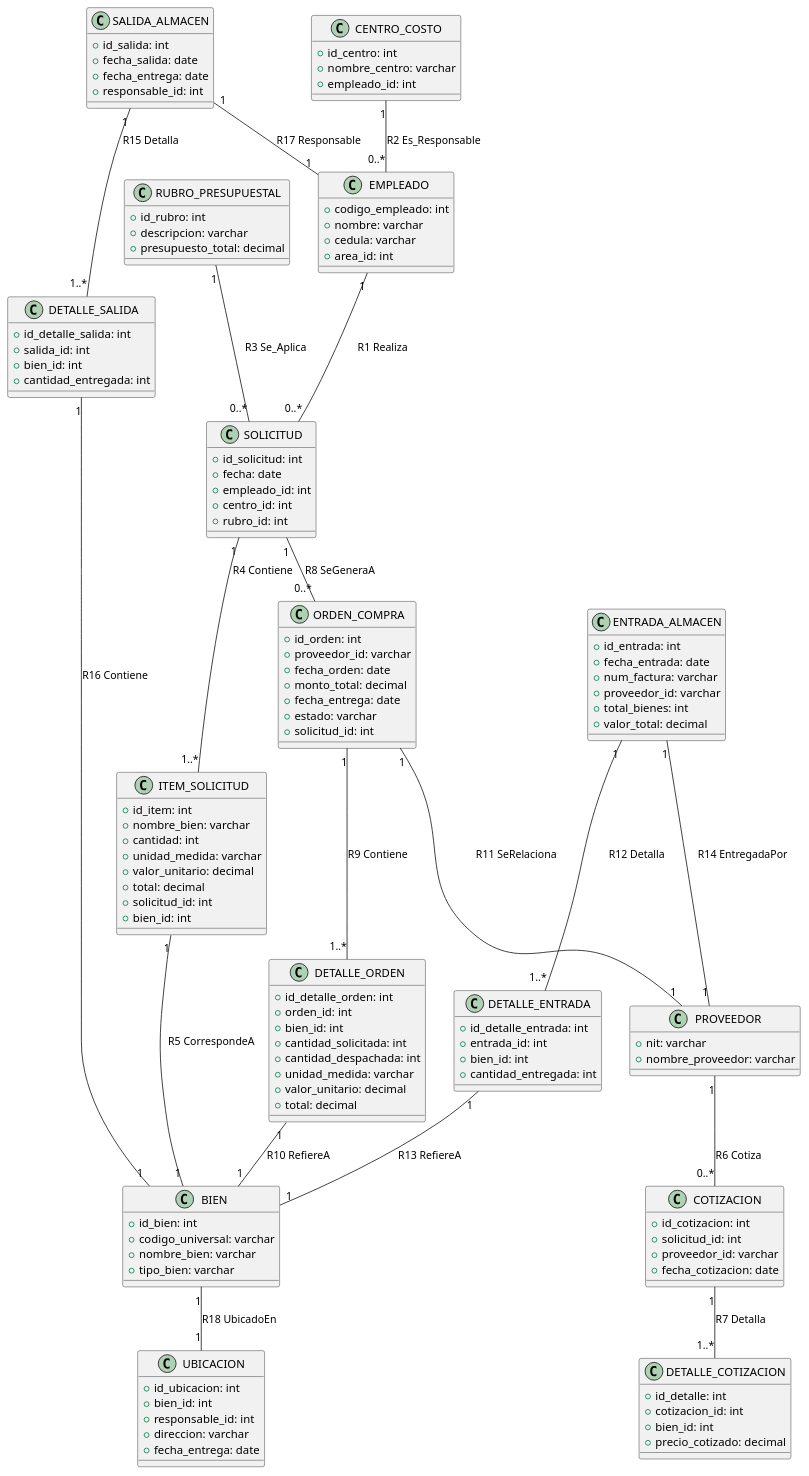
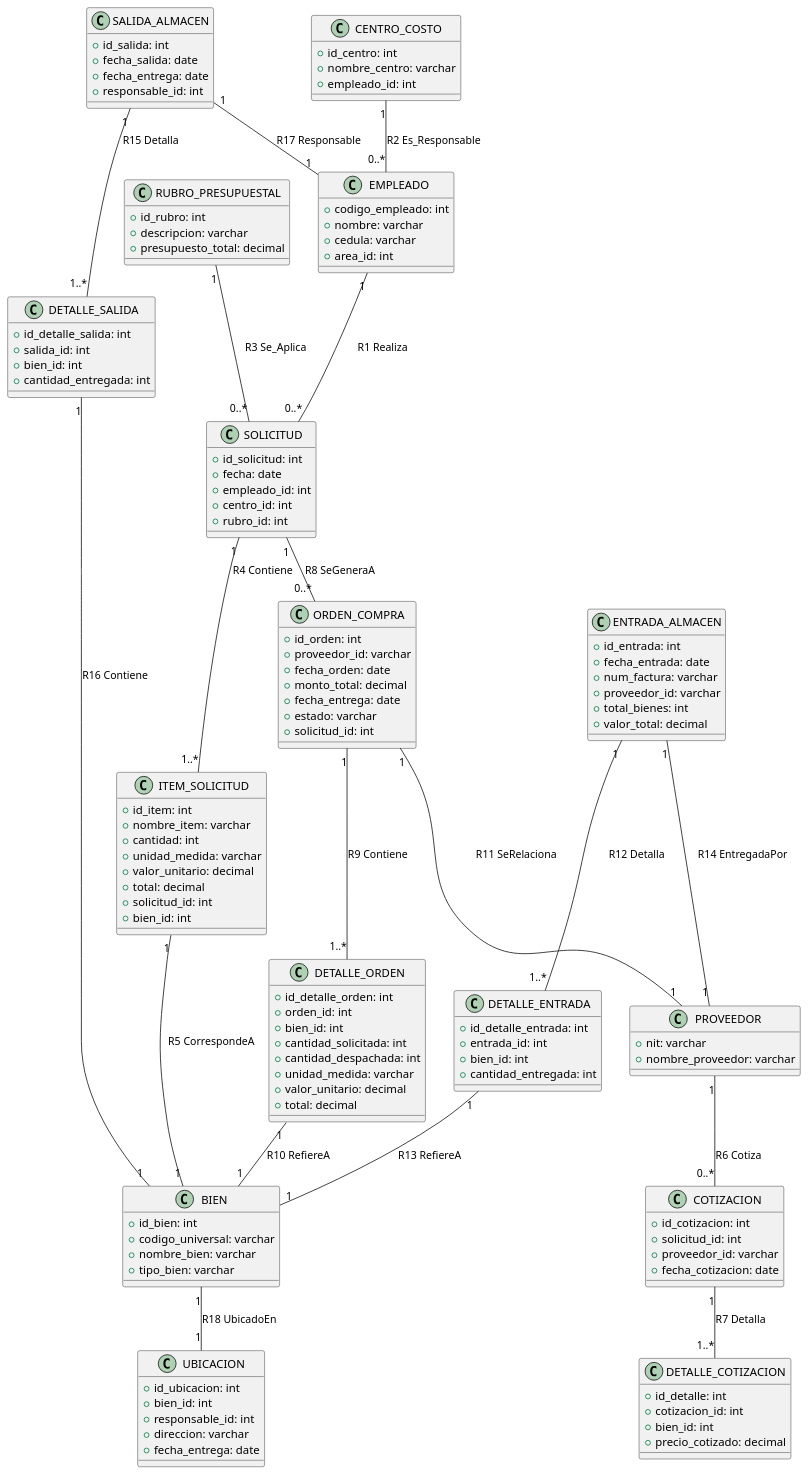
Before and after one commit to ReyDavid07/CotizacionesyComprasBD: the diagram in src/cotizacionesycomprasaplication/CotizacionesyComprasUML.puml, drawn with PlantUML.

Commit message:
CotizacionesyComprasUML.puml

```diff
--- a/src/cotizacionesycomprasaplication/CotizacionesyComprasUML.puml
+++ b/src/cotizacionesycomprasaplication/CotizacionesyComprasUML.puml
@@ -1,147 +1,147 @@
 @startuml
 
 ' ENTIDADES (CLASES)
 class EMPLEADO {
   +codigo_empleado: int
   +nombre: varchar
   +cedula: varchar
   +area_id: int
 }
 
 class CENTRO_COSTO {
   +id_centro: int
   +nombre_centro: varchar
   +empleado_id: int
 }
 
 class RUBRO_PRESUPUESTAL {
   +id_rubro: int
   +descripcion: varchar
   +presupuesto_total: decimal
 }
 
 class SOLICITUD {
   +id_solicitud: int
   +fecha: date
   +empleado_id: int
   +centro_id: int
   +rubro_id: int
 }
 
 class ITEM_SOLICITUD {
   +id_item: int
-  +nombre_bien: varchar
+  +nombre_item: varchar
   +cantidad: int
   +unidad_medida: varchar
   +valor_unitario: decimal
   +total: decimal
   +solicitud_id: int
   +bien_id: int
 }
 
 class BIEN {
   +id_bien: int
   +codigo_universal: varchar
   +nombre_bien: varchar
   +tipo_bien: varchar
 }
 
 class PROVEEDOR {
   +nit: varchar
   +nombre_proveedor: varchar
 }
 
 class COTIZACION {
   +id_cotizacion: int
   +solicitud_id: int
   +proveedor_id: varchar
   +fecha_cotizacion: date
 }
 
 class DETALLE_COTIZACION {
   +id_detalle: int
   +cotizacion_id: int
   +bien_id: int
   +precio_cotizado: decimal
 }
 
 class ORDEN_COMPRA {
   +id_orden: int
   +proveedor_id: varchar
   +fecha_orden: date
   +monto_total: decimal
   +fecha_entrega: date
   +estado: varchar
   +solicitud_id: int
 }
 
 class DETALLE_ORDEN {
   +id_detalle_orden: int
   +orden_id: int
   +bien_id: int
   +cantidad_solicitada: int
   +cantidad_despachada: int
   +unidad_medida: varchar
   +valor_unitario: decimal
   +total: decimal
 }
 
 class ENTRADA_ALMACEN {
   +id_entrada: int
   +fecha_entrada: date
   +num_factura: varchar
   +proveedor_id: varchar
   +total_bienes: int
   +valor_total: decimal
 }
 
 class DETALLE_ENTRADA {
   +id_detalle_entrada: int
   +entrada_id: int
   +bien_id: int
   +cantidad_entregada: int
 }
 
 class SALIDA_ALMACEN {
   +id_salida: int
   +fecha_salida: date
   +fecha_entrega: date
   +responsable_id: int
 }
 
 class DETALLE_SALIDA {
   +id_detalle_salida: int
   +salida_id: int
   +bien_id: int
   +cantidad_entregada: int
 }
 
 class UBICACION {
   +id_ubicacion: int
   +bien_id: int
   +responsable_id: int
   +direccion: varchar
   +fecha_entrega: date
 }
 
 ' RELACIONES (exactamente como las definiste)
 EMPLEADO "1" -- "0..*" SOLICITUD : R1 Realiza
 CENTRO_COSTO "1" -- "0..*" EMPLEADO : R2 Es_Responsable
 RUBRO_PRESUPUESTAL "1" -- "0..*" SOLICITUD : R3 Se_Aplica
 SOLICITUD "1" -- "1..*" ITEM_SOLICITUD : R4 Contiene
 ITEM_SOLICITUD "1" -- "1" BIEN : R5 CorrespondeA
 PROVEEDOR "1" -- "0..*" COTIZACION : R6 Cotiza
 COTIZACION "1" -- "1..*" DETALLE_COTIZACION : R7 Detalla
 SOLICITUD "1" -- "0..*" ORDEN_COMPRA : R8 SeGeneraA
 ORDEN_COMPRA "1" -- "1..*" DETALLE_ORDEN : R9 Contiene
 DETALLE_ORDEN "1" -- "1" BIEN : R10 RefiereA
 ORDEN_COMPRA "1" -- "1" PROVEEDOR : R11 SeRelaciona
 ENTRADA_ALMACEN "1" -- "1..*" DETALLE_ENTRADA : R12 Detalla
 DETALLE_ENTRADA "1" -- "1" BIEN : R13 RefiereA
 ENTRADA_ALMACEN "1" -- "1" PROVEEDOR : R14 EntregadaPor
 SALIDA_ALMACEN "1" -- "1..*" DETALLE_SALIDA : R15 Detalla
 DETALLE_SALIDA "1" -- "1" BIEN : R16 Contiene
 SALIDA_ALMACEN "1" -- "1" EMPLEADO : R17 Responsable
 BIEN "1" -- "1" UBICACION : R18 UbicadoEn
 
 @enduml
```
